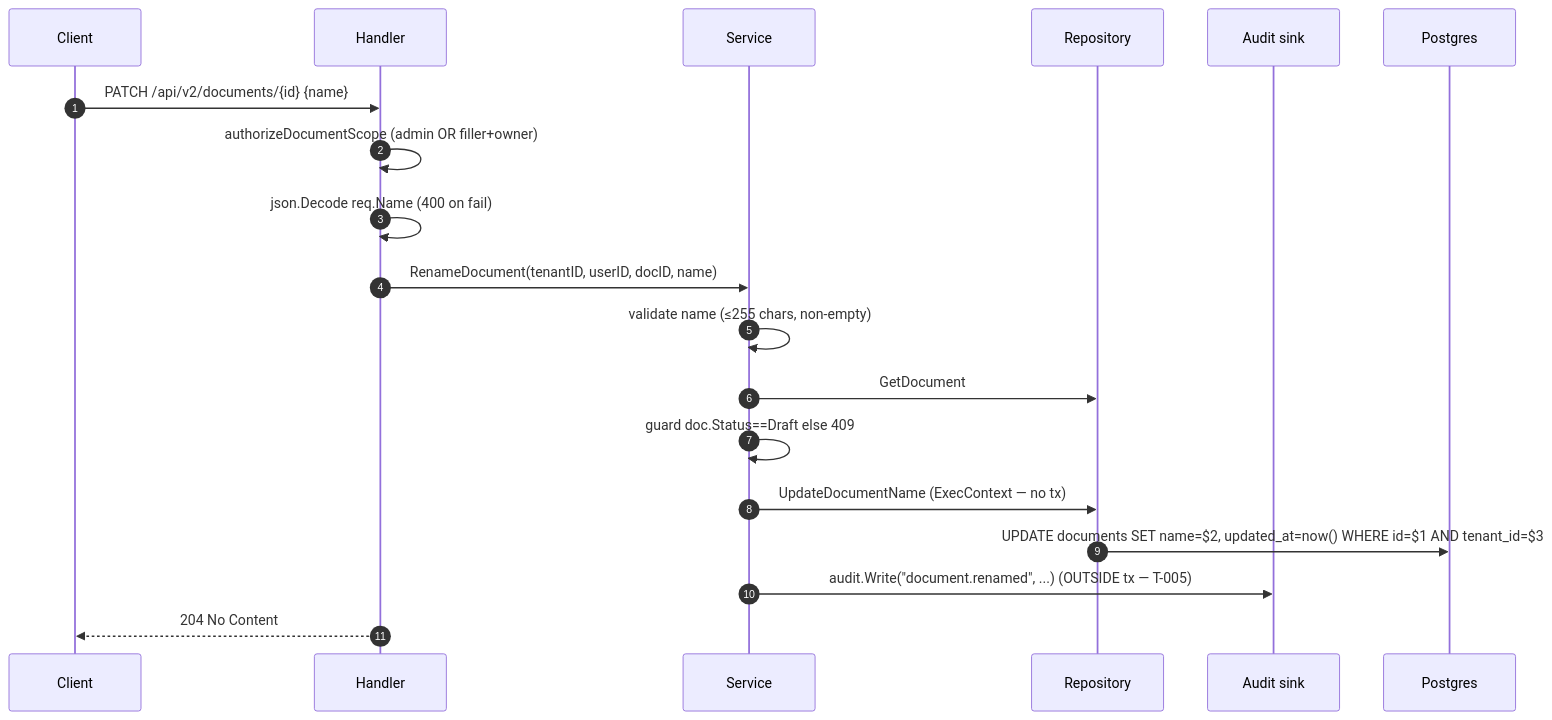
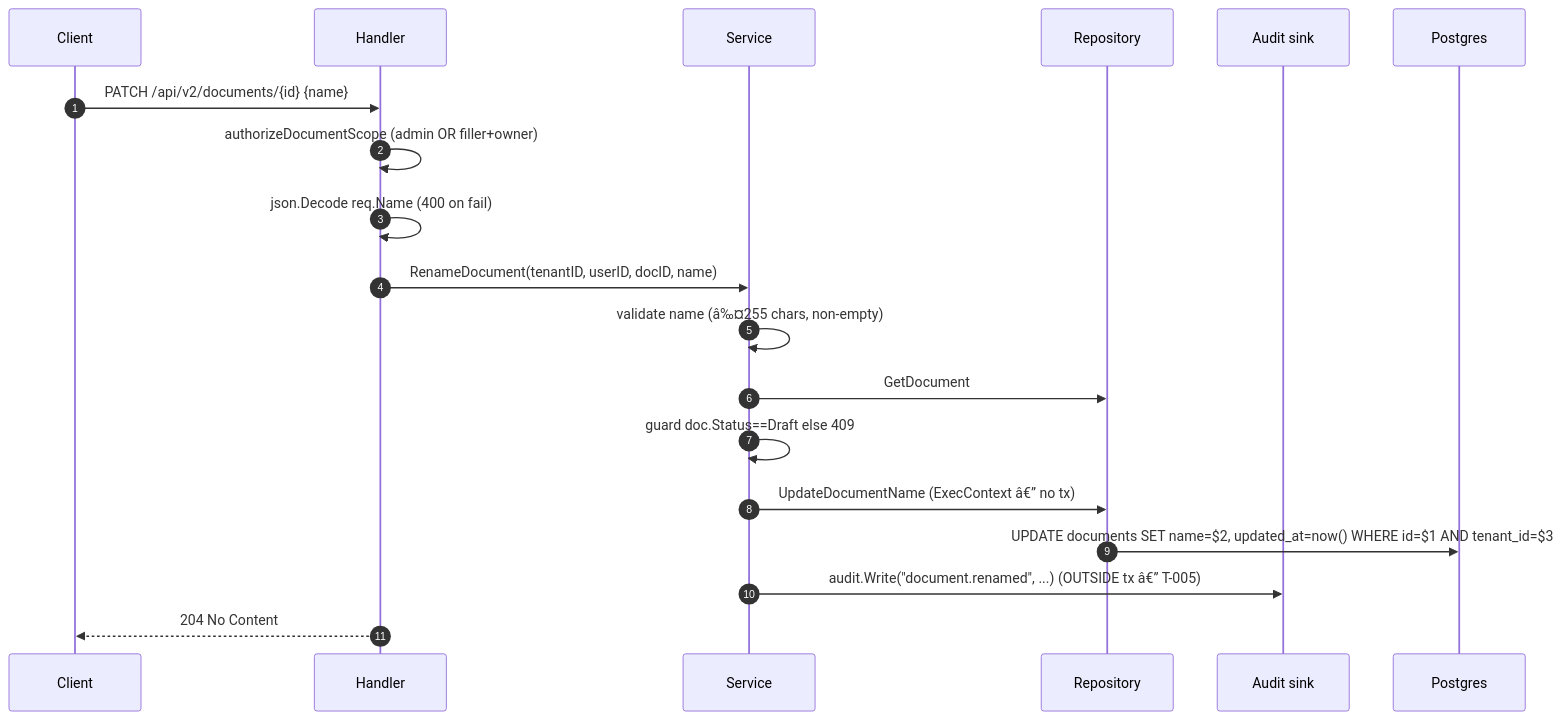
Before and after one commit to developmentconexus-ops/MetalDocs: the fourth of 5 diagrams in wiki/modules/documents.md, drawn with Mermaid. The commit also changed other lines of this file and 12 other files, not shown here.

````diff
--- a/wiki/modules/documents.md
+++ b/wiki/modules/documents.md
@@ -291,21 +291,21 @@
 ```mermaid
 sequenceDiagram
     autonumber
     participant C as Client
     participant H as Handler
     participant S as Service
     participant R as Repository
     participant A as Audit sink
     participant DB as Postgres
     C->>H: PATCH /api/v2/documents/{id} {name}
     H->>H: authorizeDocumentScope (admin OR filler+owner)
     H->>H: json.Decode req.Name (400 on fail)
     H->>S: RenameDocument(tenantID, userID, docID, name)
-    S->>S: validate name (≤255 chars, non-empty)
+    S->>S: validate name (â‰¤255 chars, non-empty)
     S->>R: GetDocument
     S->>S: guard doc.Status==Draft else 409
-    S->>R: UpdateDocumentName  (ExecContext — no tx)
+    S->>R: UpdateDocumentName  (ExecContext â€” no tx)
     R->>DB: UPDATE documents SET name=$2, updated_at=now() WHERE id=$1 AND tenant_id=$3
-    S->>A: audit.Write("document.renamed", ...)  (OUTSIDE tx — T-005)
+    S->>A: audit.Write("document.renamed", ...)  (OUTSIDE tx â€” T-005)
     H-->>C: 204 No Content
 ```
````
